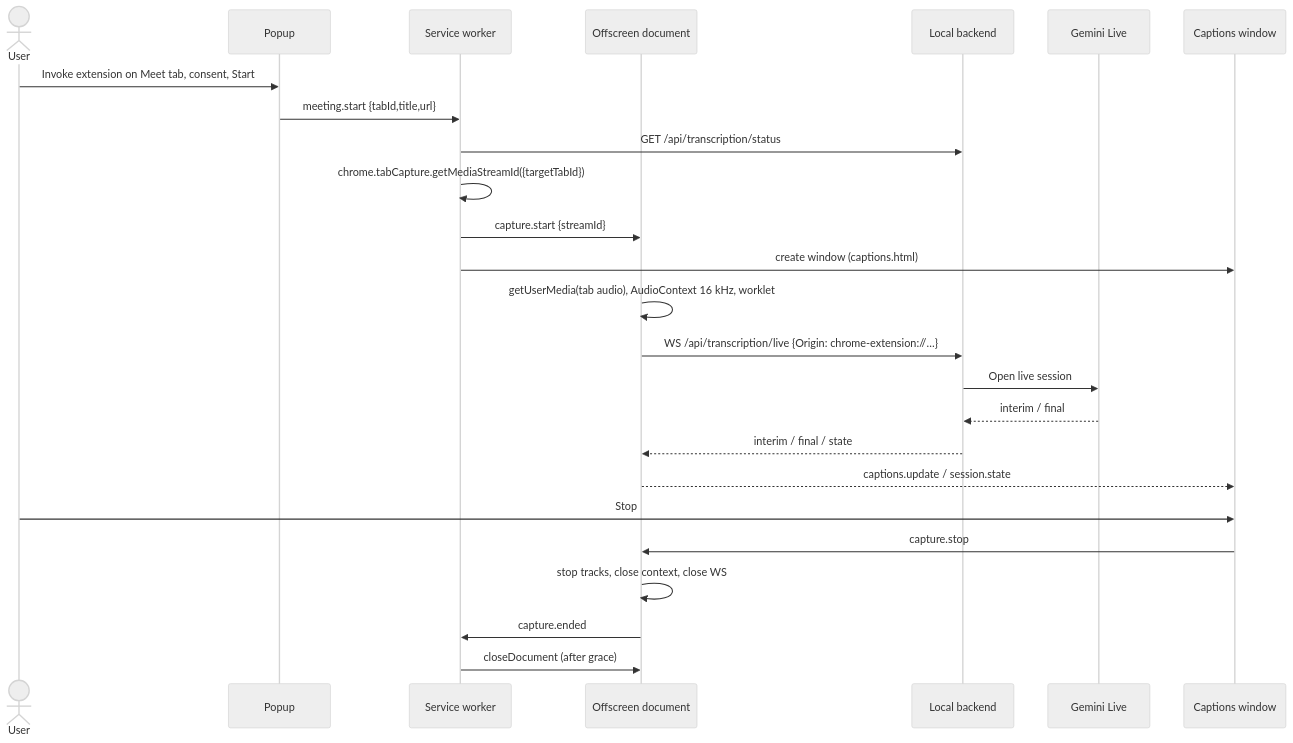
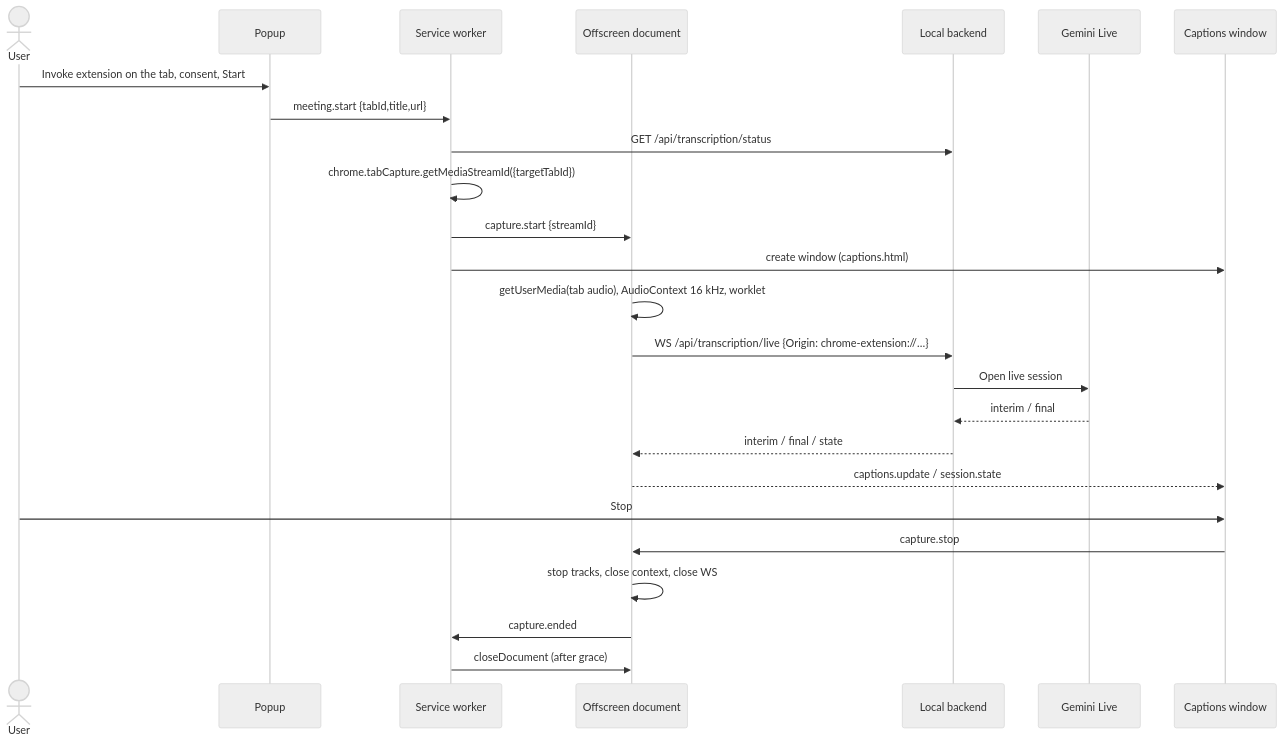
The diagram in docs/ARCHITECTURE.md (sruthideepa82-cpu/SignBridge-extension), drawn with Mermaid (neutral theme) before and after one commit. The commit also changed other lines of this file and 21 other files, not shown here.

````diff
--- a/docs/ARCHITECTURE.md
+++ b/docs/ARCHITECTURE.md
@@ -61,28 +62,28 @@
 ```mermaid
 sequenceDiagram
   actor U as User
   participant P as Popup
   participant SW as Service worker
   participant O as Offscreen document
   participant B as Local backend
   participant G as Gemini Live
   participant C as Captions window
 
-  U->>P: Invoke extension on Meet tab, consent, Start
+  U->>P: Invoke extension on the tab, consent, Start
   P->>SW: meeting.start {tabId,title,url}
   SW->>B: GET /api/transcription/status
   SW->>SW: chrome.tabCapture.getMediaStreamId({targetTabId})
   SW->>O: capture.start {streamId}
   SW->>C: create window (captions.html)
   O->>O: getUserMedia(tab audio), AudioContext 16 kHz, worklet
   O->>B: WS /api/transcription/live {Origin: chrome-extension://…}
   B->>G: Open live session
   G-->>B: interim / final
   B-->>O: interim / final / state
   O-->>C: captions.update / session.state
   U->>C: Stop
   C->>O: capture.stop
   O->>O: stop tracks, close context, close WS
   O->>SW: capture.ended
   SW->>O: closeDocument (after grace)
 ```
````
